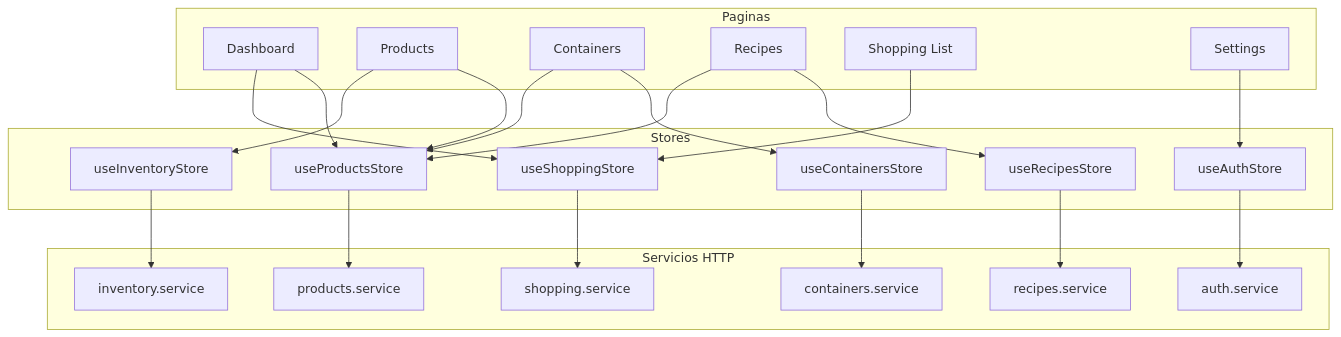
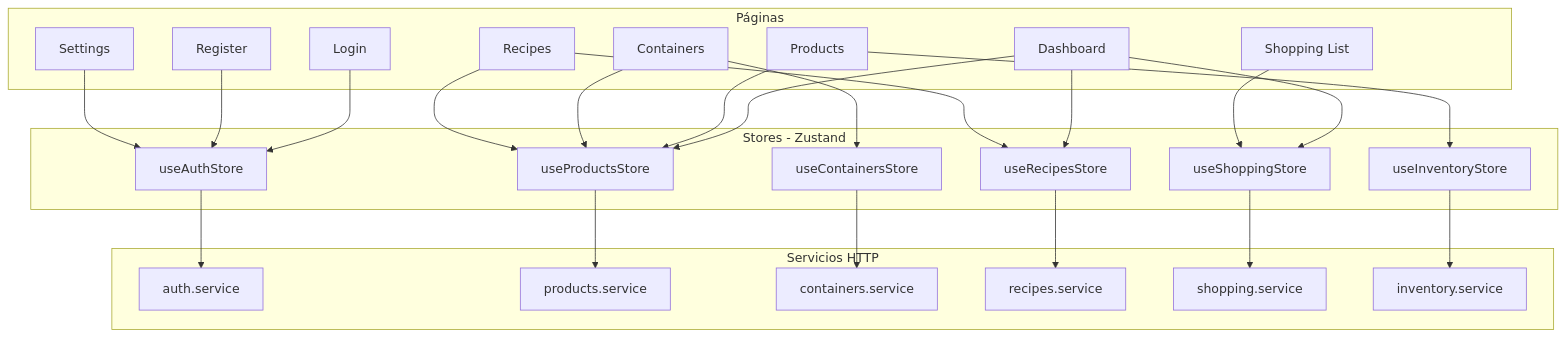
One commit to AlejandroPedrosa/Nido-SmartHome changed the eighth of 8 diagrams in docs/modulos.md. Above: the diagram before and after it, drawn with Mermaid. The commit also changed other lines of this file and 8 other files, not shown here.

````diff
--- a/docs/modulos.md
+++ b/docs/modulos.md
@@ -592,48 +647,53 @@
 ```mermaid
 graph TD
-    subgraph paginas [Paginas]
+    subgraph paginas [Páginas]
+        LoginPage[Login]
+        RegisterPage[Register]
         Dashboard[Dashboard]
         ProductsPage[Products]
         ContainersPage[Containers]
         RecipesPage[Recipes]
         ShoppingPage[Shopping List]
         SettingsPage[Settings]
     end
 
-    subgraph stores [Stores]
+    subgraph stores [Stores - Zustand]
         AuthStore[useAuthStore]
         ProductsStore[useProductsStore]
         ContainersStore[useContainersStore]
         RecipesStore[useRecipesStore]
         ShoppingStore[useShoppingStore]
         InventoryStore[useInventoryStore]
     end
 
     subgraph servicios [Servicios HTTP]
         AuthAPI[auth.service]
         ProductsAPI[products.service]
         ContainersAPI[containers.service]
         RecipesAPI[recipes.service]
         ShoppingAPI[shopping.service]
         InventoryAPI[inventory.service]
     end
 
+    LoginPage --> AuthStore
+    RegisterPage --> AuthStore
     Dashboard --> ProductsStore
     Dashboard --> ShoppingStore
+    Dashboard --> RecipesStore
 
     ProductsPage --> ProductsStore
     ProductsPage --> InventoryStore
     ContainersPage --> ContainersStore
     ContainersPage --> ProductsStore
     RecipesPage --> RecipesStore
     RecipesPage --> ProductsStore
     ShoppingPage --> ShoppingStore
     SettingsPage --> AuthStore
 
     ProductsStore --> ProductsAPI
     ContainersStore --> ContainersAPI
     RecipesStore --> RecipesAPI
     ShoppingStore --> ShoppingAPI
     InventoryStore --> InventoryAPI
     AuthStore --> AuthAPI
 ```
````
